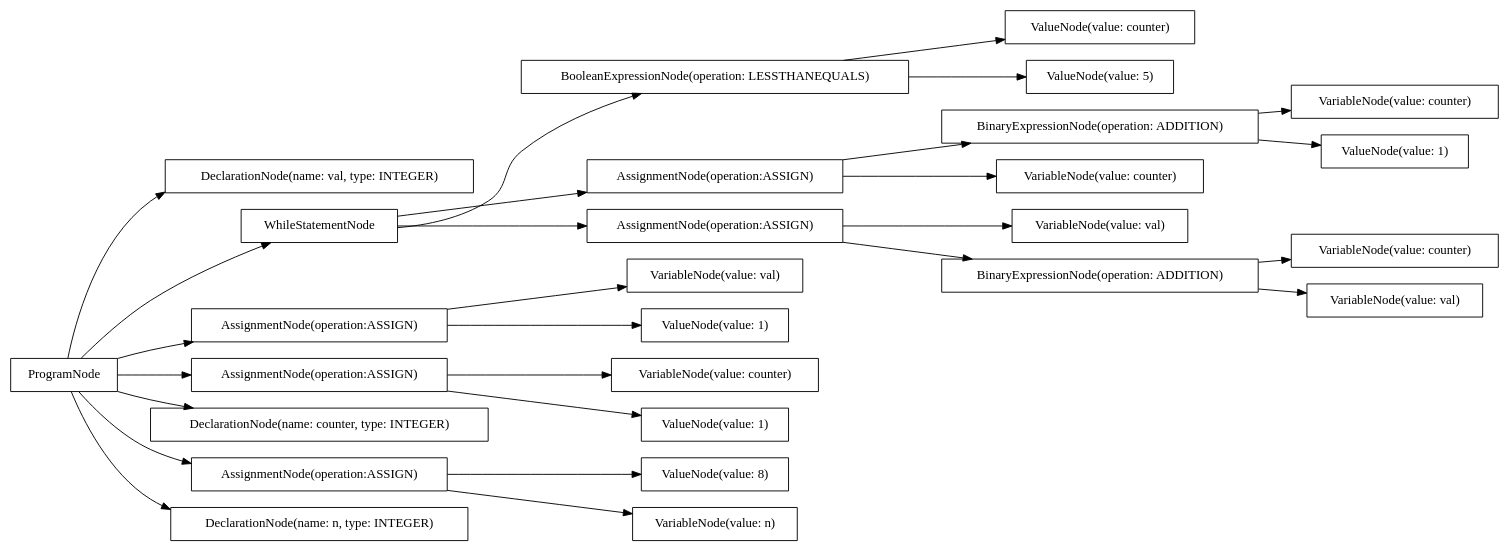
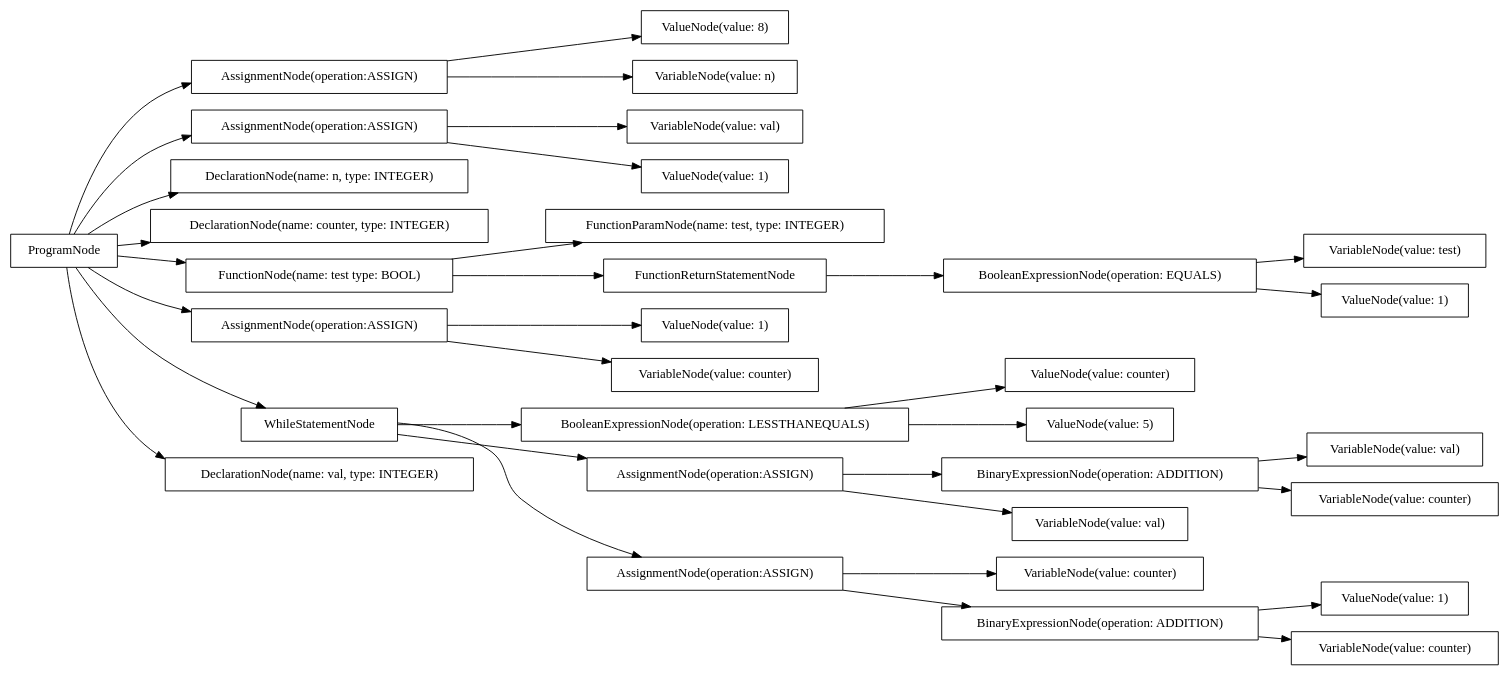
One commit to AtLeastITry/ANTLR-Python-Compiler changed the diagram in src/output/dot/factorial.dot. Above: the diagram before and after it, drawn with Graphviz. The commit also changed 9 other files, not shown here.

```diff
--- a/src/output/dot/factorial.dot
+++ b/src/output/dot/factorial.dot
@@ -1,56 +1,68 @@
 digraph G {
 rankdir=LR
-"96624121-0245-4895-ad3a-69eb0dd04d92" [label="BinaryExpressionNode(operation: ADDITION)" shape="box"];
-"724bbd2a-6abe-4389-9d9c-9d8c7b980e19" [label="DeclarationNode(name: val, type: INTEGER)" shape="box"];
-"7706da05-4fff-4877-84f8-749181a97102" [label="VariableNode(value: counter)" shape="box"];
-"c5bbeda0-c931-4da7-93a1-937af87920a2" [label="VariableNode(value: val)" shape="box"];
-"ad0539e0-49fd-4b35-a1c9-2f3774700eed" [label="ValueNode(value: counter)" shape="box"];
-"c57edc16-0348-48fb-8336-5af038898f5b" [label="ValueNode(value: 5)" shape="box"];
-"e9d87eed-0169-42f9-af99-2fe392a396ef" [label="WhileStatementNode" shape="box"];
-"a605ee04-e7d2-46fa-94e0-59bef388aceb" [label="VariableNode(value: counter)" shape="box"];
-"9f2c3751-6a9a-401a-b1e4-8ae0652765c8" [label="BooleanExpressionNode(operation: LESSTHANEQUALS)" shape="box"];
-"e6d9039b-ff74-4303-9c97-bc45f5113eae" [label="AssignmentNode(operation:ASSIGN)" shape="box"];
-"0ed8085a-49bd-4146-bd32-94e65f0529b0" [label="VariableNode(value: val)" shape="box"];
-"55a2bed0-aef9-4dfe-aa1f-f29c40bd1c51" [label="ValueNode(value: 8)" shape="box"];
-"7eac445a-e291-4b4d-bf01-3ff1e33c8e3a" [label="VariableNode(value: n)" shape="box"];
-"dc8f9693-b33a-4272-bc77-af4d780112f3" [label="VariableNode(value: val)" shape="box"];
-"21fd9d6a-b80e-4cb8-b8bc-2f8baafd1709" [label="VariableNode(value: counter)" shape="box"];
-"b0028f8e-3feb-47d1-a937-ee16c570158e" [label="AssignmentNode(operation:ASSIGN)" shape="box"];
-"ccb28f3f-9ca3-47e5-a1db-9570bf791733" [label="ValueNode(value: 1)" shape="box"];
-"3964ef04-b8c6-4722-b31d-7930233dc6fa" [label="AssignmentNode(operation:ASSIGN)" shape="box"];
-"16057fed-e738-4b10-b4fc-20f12da98f15" [label="ValueNode(value: 1)" shape="box"];
-"428d9553-69e5-4db0-b75a-bd7fcffe2b24" [label="DeclarationNode(name: counter, type: INTEGER)" shape="box"];
-"3d2f680a-ac65-428b-95f4-e6308f69ccd2" [label="AssignmentNode(operation:ASSIGN)" shape="box"];
-"04c4feae-8260-4df9-bc1b-ab857c06895c" [label="VariableNode(value: counter)" shape="box"];
-"65af8aae-63df-4ef4-98e3-7adae0f0991b" [label="ProgramNode" shape="box"];
-"bc042c55-fa4e-41a7-a0d5-9e8d8caf8eb7" [label="ValueNode(value: 1)" shape="box"];
-"210d66d2-c091-4c3e-a965-9c67c58d3a05" [label="BinaryExpressionNode(operation: ADDITION)" shape="box"];
-"1c655b90-fba3-4e16-bbcb-b797f3394a18" [label="AssignmentNode(operation:ASSIGN)" shape="box"];
-"e68df461-83d8-41a7-ad34-a9d6e20ee480" [label="DeclarationNode(name: n, type: INTEGER)" shape="box"];
-"65af8aae-63df-4ef4-98e3-7adae0f0991b" -> "e68df461-83d8-41a7-ad34-a9d6e20ee480";
-"65af8aae-63df-4ef4-98e3-7adae0f0991b" -> "724bbd2a-6abe-4389-9d9c-9d8c7b980e19";
-"65af8aae-63df-4ef4-98e3-7adae0f0991b" -> "428d9553-69e5-4db0-b75a-bd7fcffe2b24";
-"65af8aae-63df-4ef4-98e3-7adae0f0991b" -> "3d2f680a-ac65-428b-95f4-e6308f69ccd2";
-"3d2f680a-ac65-428b-95f4-e6308f69ccd2" -> "7eac445a-e291-4b4d-bf01-3ff1e33c8e3a";
-"3d2f680a-ac65-428b-95f4-e6308f69ccd2" -> "55a2bed0-aef9-4dfe-aa1f-f29c40bd1c51";
-"65af8aae-63df-4ef4-98e3-7adae0f0991b" -> "e6d9039b-ff74-4303-9c97-bc45f5113eae";
-"e6d9039b-ff74-4303-9c97-bc45f5113eae" -> "c5bbeda0-c931-4da7-93a1-937af87920a2";
-"e6d9039b-ff74-4303-9c97-bc45f5113eae" -> "bc042c55-fa4e-41a7-a0d5-9e8d8caf8eb7";
-"65af8aae-63df-4ef4-98e3-7adae0f0991b" -> "3964ef04-b8c6-4722-b31d-7930233dc6fa";
-"3964ef04-b8c6-4722-b31d-7930233dc6fa" -> "a605ee04-e7d2-46fa-94e0-59bef388aceb";
-"3964ef04-b8c6-4722-b31d-7930233dc6fa" -> "ccb28f3f-9ca3-47e5-a1db-9570bf791733";
-"65af8aae-63df-4ef4-98e3-7adae0f0991b" -> "e9d87eed-0169-42f9-af99-2fe392a396ef";
-"e9d87eed-0169-42f9-af99-2fe392a396ef" -> "9f2c3751-6a9a-401a-b1e4-8ae0652765c8";
-"9f2c3751-6a9a-401a-b1e4-8ae0652765c8" -> "ad0539e0-49fd-4b35-a1c9-2f3774700eed";
-"9f2c3751-6a9a-401a-b1e4-8ae0652765c8" -> "c57edc16-0348-48fb-8336-5af038898f5b";
-"e9d87eed-0169-42f9-af99-2fe392a396ef" -> "1c655b90-fba3-4e16-bbcb-b797f3394a18";
-"1c655b90-fba3-4e16-bbcb-b797f3394a18" -> "dc8f9693-b33a-4272-bc77-af4d780112f3";
-"1c655b90-fba3-4e16-bbcb-b797f3394a18" -> "210d66d2-c091-4c3e-a965-9c67c58d3a05";
-"210d66d2-c091-4c3e-a965-9c67c58d3a05" -> "0ed8085a-49bd-4146-bd32-94e65f0529b0";
-"210d66d2-c091-4c3e-a965-9c67c58d3a05" -> "7706da05-4fff-4877-84f8-749181a97102";
-"e9d87eed-0169-42f9-af99-2fe392a396ef" -> "b0028f8e-3feb-47d1-a937-ee16c570158e";
-"b0028f8e-3feb-47d1-a937-ee16c570158e" -> "04c4feae-8260-4df9-bc1b-ab857c06895c";
-"b0028f8e-3feb-47d1-a937-ee16c570158e" -> "96624121-0245-4895-ad3a-69eb0dd04d92";
-"96624121-0245-4895-ad3a-69eb0dd04d92" -> "21fd9d6a-b80e-4cb8-b8bc-2f8baafd1709";
-"96624121-0245-4895-ad3a-69eb0dd04d92" -> "16057fed-e738-4b10-b4fc-20f12da98f15";
+"895e8d0a-75bc-4f59-8b4d-730c5da47fd4" [label="VariableNode(value: val)" shape="box"];
+"ddd76550-364a-4107-9b7c-53a1d186e792" [label="BooleanExpressionNode(operation: LESSTHANEQUALS)" shape="box"];
+"02c37da6-9138-4fec-ab9e-a8360ade5984" [label="ValueNode(value: counter)" shape="box"];
+"40a60c81-2386-4ff8-8bd9-c182253e5ef8" [label="AssignmentNode(operation:ASSIGN)" shape="box"];
+"72986290-37c7-4ad8-8b58-a038ce772f88" [label="ValueNode(value: 1)" shape="box"];
+"3b95b7cd-4158-4329-97cd-7899fdca363c" [label="VariableNode(value: counter)" shape="box"];
+"50393e98-91e6-41dd-b94d-5e0ab2de654e" [label="VariableNode(value: val)" shape="box"];
+"8e39b13d-2332-449e-8607-422cfc7a15a8" [label="AssignmentNode(operation:ASSIGN)" shape="box"];
+"5c295f1c-1e88-4907-8fbe-e7ffb0576ab0" [label="VariableNode(value: counter)" shape="box"];
+"6596df17-ed24-4d33-86de-b7945e587e19" [label="FunctionParamNode(name: test, type: INTEGER)" shape="box"];
+"a754fb33-beb8-4469-8666-4be0be5429fa" [label="ValueNode(value: 8)" shape="box"];
+"50ff74c1-f9d5-49ac-a63a-7303b5fb281b" [label="ValueNode(value: 1)" shape="box"];
+"584f741a-e686-471b-8f55-e9a605f62913" [label="BinaryExpressionNode(operation: ADDITION)" shape="box"];
+"ede0e006-41f2-49f1-a417-7681af4f0c23" [label="AssignmentNode(operation:ASSIGN)" shape="box"];
+"512fb7c6-f181-47fe-ba14-24b15b106801" [label="VariableNode(value: test)" shape="box"];
+"e28e69ca-bf66-46eb-a5a5-201310bdbca6" [label="VariableNode(value: val)" shape="box"];
+"9c43fc4c-3f49-4e5e-8ffc-1daef9262f0a" [label="DeclarationNode(name: n, type: INTEGER)" shape="box"];
+"9d58d632-ffaa-497a-bb15-91aa4da46806" [label="DeclarationNode(name: counter, type: INTEGER)" shape="box"];
+"15a0f9f7-e412-44af-a03c-7bd004bc1413" [label="ValueNode(value: 1)" shape="box"];
+"943fb79e-203d-4d91-9216-ee27a245e652" [label="FunctionNode(name: test type: BOOL)" shape="box"];
+"03e479df-0152-4a92-b97c-98b4d998a480" [label="FunctionReturnStatementNode" shape="box"];
+"4c2cbb3d-7243-4ad0-9f07-e46e5683e384" [label="ProgramNode" shape="box"];
+"30fd5e52-51c1-4126-8f8a-33c3c67d8951" [label="ValueNode(value: 1)" shape="box"];
+"baf1249e-cf37-45ed-97b7-0e22ef0f4b40" [label="BinaryExpressionNode(operation: ADDITION)" shape="box"];
+"6e589e55-abb0-4184-8836-3c1555f00d5b" [label="AssignmentNode(operation:ASSIGN)" shape="box"];
+"1672ec60-b8fa-4198-826a-8d62a7782ab2" [label="VariableNode(value: counter)" shape="box"];
+"bc2bce9a-b6f0-4dff-ba85-5df2680af037" [label="VariableNode(value: counter)" shape="box"];
+"69478b74-19db-4f5c-bd10-a8ac5f413e7f" [label="VariableNode(value: n)" shape="box"];
+"4044bf5f-252c-4588-acba-0a7e947f8332" [label="WhileStatementNode" shape="box"];
+"afb91d27-5915-4057-b9fb-3f14a63f24f5" [label="AssignmentNode(operation:ASSIGN)" shape="box"];
+"a02a48dc-cb08-4b24-b2fc-d30cb792db44" [label="DeclarationNode(name: val, type: INTEGER)" shape="box"];
+"57d505e8-50cb-4b89-acfc-27d1a79a3cb4" [label="ValueNode(value: 5)" shape="box"];
+"2fd490b5-9c55-4107-ac08-b0a14e02f4a6" [label="BooleanExpressionNode(operation: EQUALS)" shape="box"];
+"4c2cbb3d-7243-4ad0-9f07-e46e5683e384" -> "9c43fc4c-3f49-4e5e-8ffc-1daef9262f0a";
+"4c2cbb3d-7243-4ad0-9f07-e46e5683e384" -> "a02a48dc-cb08-4b24-b2fc-d30cb792db44";
+"4c2cbb3d-7243-4ad0-9f07-e46e5683e384" -> "9d58d632-ffaa-497a-bb15-91aa4da46806";
+"4c2cbb3d-7243-4ad0-9f07-e46e5683e384" -> "943fb79e-203d-4d91-9216-ee27a245e652";
+"943fb79e-203d-4d91-9216-ee27a245e652" -> "6596df17-ed24-4d33-86de-b7945e587e19";
+"943fb79e-203d-4d91-9216-ee27a245e652" -> "03e479df-0152-4a92-b97c-98b4d998a480";
+"03e479df-0152-4a92-b97c-98b4d998a480" -> "2fd490b5-9c55-4107-ac08-b0a14e02f4a6";
+"2fd490b5-9c55-4107-ac08-b0a14e02f4a6" -> "512fb7c6-f181-47fe-ba14-24b15b106801";
+"2fd490b5-9c55-4107-ac08-b0a14e02f4a6" -> "30fd5e52-51c1-4126-8f8a-33c3c67d8951";
+"4c2cbb3d-7243-4ad0-9f07-e46e5683e384" -> "8e39b13d-2332-449e-8607-422cfc7a15a8";
+"8e39b13d-2332-449e-8607-422cfc7a15a8" -> "69478b74-19db-4f5c-bd10-a8ac5f413e7f";
+"8e39b13d-2332-449e-8607-422cfc7a15a8" -> "a754fb33-beb8-4469-8666-4be0be5429fa";
+"4c2cbb3d-7243-4ad0-9f07-e46e5683e384" -> "ede0e006-41f2-49f1-a417-7681af4f0c23";
+"ede0e006-41f2-49f1-a417-7681af4f0c23" -> "50393e98-91e6-41dd-b94d-5e0ab2de654e";
+"ede0e006-41f2-49f1-a417-7681af4f0c23" -> "50ff74c1-f9d5-49ac-a63a-7303b5fb281b";
+"4c2cbb3d-7243-4ad0-9f07-e46e5683e384" -> "6e589e55-abb0-4184-8836-3c1555f00d5b";
+"6e589e55-abb0-4184-8836-3c1555f00d5b" -> "1672ec60-b8fa-4198-826a-8d62a7782ab2";
+"6e589e55-abb0-4184-8836-3c1555f00d5b" -> "72986290-37c7-4ad8-8b58-a038ce772f88";
+"4c2cbb3d-7243-4ad0-9f07-e46e5683e384" -> "4044bf5f-252c-4588-acba-0a7e947f8332";
+"4044bf5f-252c-4588-acba-0a7e947f8332" -> "ddd76550-364a-4107-9b7c-53a1d186e792";
+"ddd76550-364a-4107-9b7c-53a1d186e792" -> "02c37da6-9138-4fec-ab9e-a8360ade5984";
+"ddd76550-364a-4107-9b7c-53a1d186e792" -> "57d505e8-50cb-4b89-acfc-27d1a79a3cb4";
+"4044bf5f-252c-4588-acba-0a7e947f8332" -> "40a60c81-2386-4ff8-8bd9-c182253e5ef8";
+"40a60c81-2386-4ff8-8bd9-c182253e5ef8" -> "e28e69ca-bf66-46eb-a5a5-201310bdbca6";
+"40a60c81-2386-4ff8-8bd9-c182253e5ef8" -> "584f741a-e686-471b-8f55-e9a605f62913";
+"584f741a-e686-471b-8f55-e9a605f62913" -> "895e8d0a-75bc-4f59-8b4d-730c5da47fd4";
+"584f741a-e686-471b-8f55-e9a605f62913" -> "5c295f1c-1e88-4907-8fbe-e7ffb0576ab0";
+"4044bf5f-252c-4588-acba-0a7e947f8332" -> "afb91d27-5915-4057-b9fb-3f14a63f24f5";
+"afb91d27-5915-4057-b9fb-3f14a63f24f5" -> "3b95b7cd-4158-4329-97cd-7899fdca363c";
+"afb91d27-5915-4057-b9fb-3f14a63f24f5" -> "baf1249e-cf37-45ed-97b7-0e22ef0f4b40";
+"baf1249e-cf37-45ed-97b7-0e22ef0f4b40" -> "bc2bce9a-b6f0-4dff-ba85-5df2680af037";
+"baf1249e-cf37-45ed-97b7-0e22ef0f4b40" -> "15a0f9f7-e412-44af-a03c-7bd004bc1413";
 }
```
